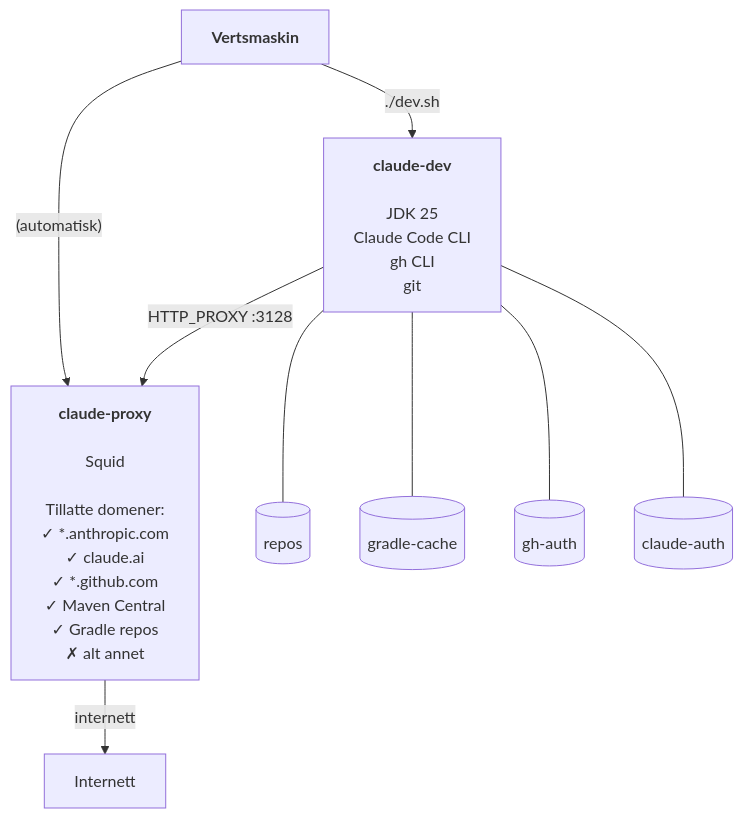
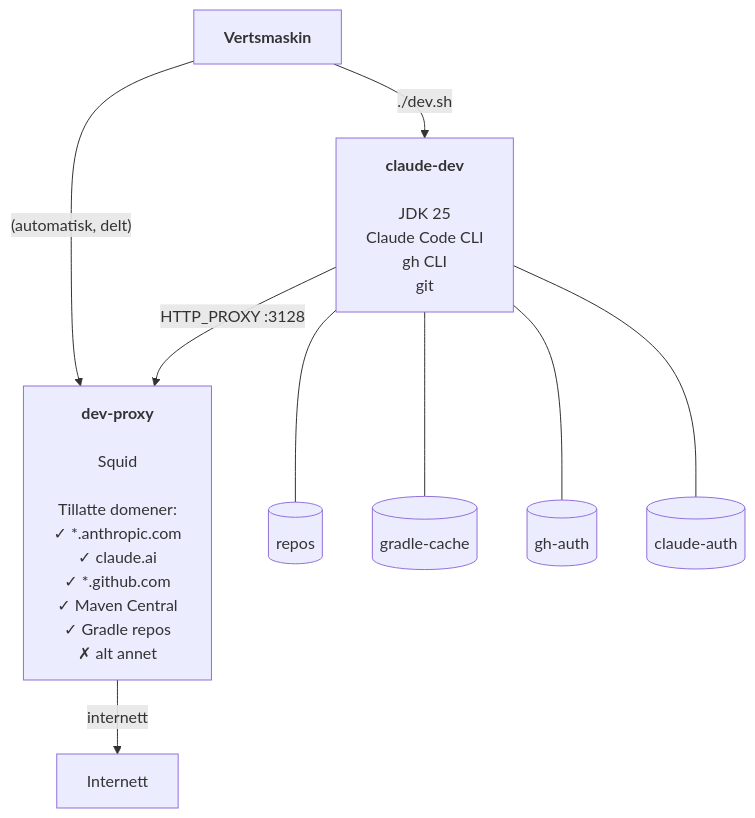
Before and after one commit to bekk/agentic-ai-tools: the diagram in alpine25-gradle-claude/README.md, drawn with Mermaid. The commit also changed other lines of this file and 10 other files, not shown here.

First line of the commit message:
Extract shared proxy, dev.sh, and compose fragments

````diff
--- a/alpine25-gradle-claude/README.md
+++ b/alpine25-gradle-claude/README.md
@@ -66,15 +67,15 @@
 ```mermaid
 graph TD
     host["<b>Vertsmaskin</b>"]
 
     host -->|"./dev.sh"| dev["<b>claude-dev</b><br/><br/>JDK 25<br/>Claude Code CLI<br/>gh CLI<br/>git"]
-    host -->|"(automatisk)"| proxy["<b>claude-proxy</b><br/><br/>Squid<br/><br/>Tillatte domener:<br/>✓ *.anthropic.com<br/>✓ claude.ai<br/>✓ *.github.com<br/>✓ Maven Central<br/>✓ Gradle repos<br/>✗ alt annet"]
+    host -->|"(automatisk, delt)"| proxy["<b>dev-proxy</b><br/><br/>Squid<br/><br/>Tillatte domener:<br/>✓ *.anthropic.com<br/>✓ claude.ai<br/>✓ *.github.com<br/>✓ Maven Central<br/>✓ Gradle repos<br/>✗ alt annet"]
 
     dev -->|"HTTP_PROXY :3128"| proxy
     proxy -->|"internett"| internet["Internett"]
 
     dev --- repos[("repos")]
     dev --- gcache[("gradle-cache")]
     dev --- ghauth[("gh-auth")]
     dev --- clauth[("claude-auth")]
 ```
````
